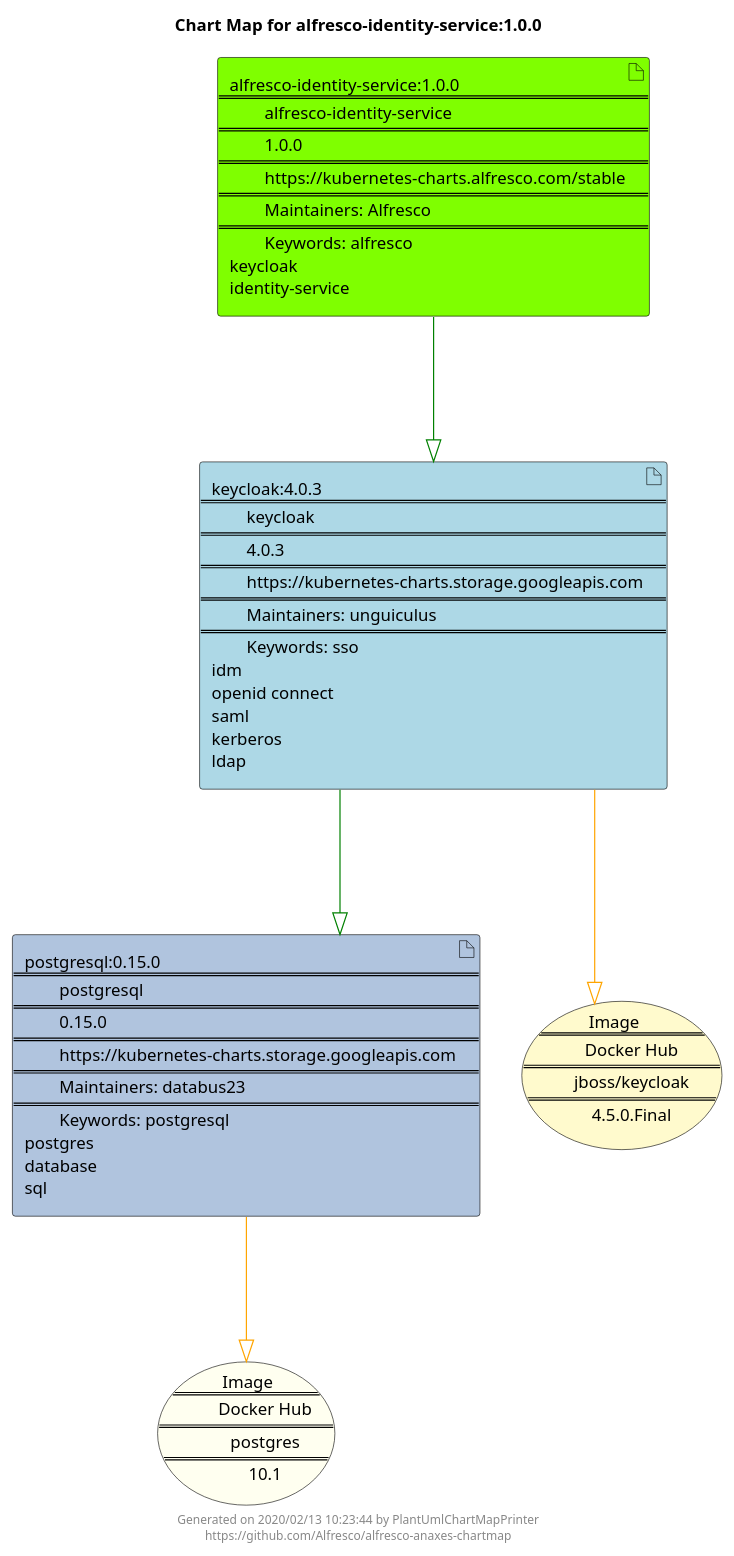
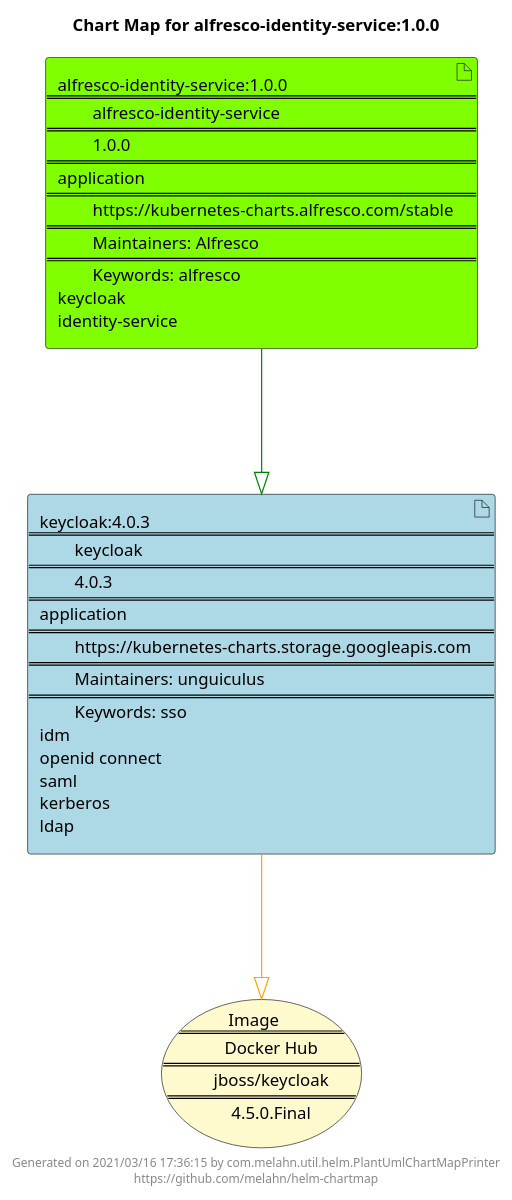
The diagram in docs/alfresco-identity-service/alfresco-identity-service-1.0.0.puml (melahn/helm-chartmap), drawn with PlantUML before and after one commit. The commit also changed 30 other files, not shown here.

Commit message:
Update example chartmaps using 3.0 snapshot

```diff
--- a/docs/alfresco-identity-service/alfresco-identity-service-1.0.0.puml
+++ b/docs/alfresco-identity-service/alfresco-identity-service-1.0.0.puml
@@ -1,27 +1,23 @@
 @startuml
 skinparam linetype ortho
 skinparam backgroundColor white
 skinparam usecaseBorderColor black
 skinparam usecaseArrowColor LightSlateGray
 skinparam artifactBorderColor black
 skinparam artifactArrowColor LightSlateGray
 
 title Chart Map for alfresco-identity-service:1.0.0
 
-'There are 3 referenced Helm Charts
-artifact "keycloak:4.0.3\n====\n\tkeycloak\n====\n\t4.0.3\n====\n\thttps://kubernetes-charts.storage.googleapis.com\n====\n\tMaintainers: unguiculus\n====\n\tKeywords: sso\nidm\nopenid connect\nsaml\nkerberos\nldap" as keycloak_4_0_3 #LightBlue
-artifact "alfresco-identity-service:1.0.0\n====\n\talfresco-identity-service\n====\n\t1.0.0\n====\n\thttps://kubernetes-charts.alfresco.com/stable\n====\n\tMaintainers: Alfresco\n====\n\tKeywords: alfresco\nkeycloak\nidentity-service" as alfresco_identity_service_1_0_0 #Chartreuse
-artifact "postgresql:0.15.0\n====\n\tpostgresql\n====\n\t0.15.0\n====\n\thttps://kubernetes-charts.storage.googleapis.com\n====\n\tMaintainers: databus23\n====\n\tKeywords: postgresql\npostgres\ndatabase\nsql" as postgresql_0_15_0 #LightSteelBlue
+'There are 2 referenced Helm Charts
+artifact "keycloak:4.0.3\n====\n\tkeycloak\n====\n\t4.0.3\n====\napplication\n====\n\thttps://kubernetes-charts.storage.googleapis.com\n====\n\tMaintainers: unguiculus\n====\n\tKeywords: sso\nidm\nopenid connect\nsaml\nkerberos\nldap" as keycloak_4_0_3 #LightBlue
+artifact "alfresco-identity-service:1.0.0\n====\n\talfresco-identity-service\n====\n\t1.0.0\n====\napplication\n====\n\thttps://kubernetes-charts.alfresco.com/stable\n====\n\tMaintainers: Alfresco\n====\n\tKeywords: alfresco\nkeycloak\nidentity-service" as alfresco_identity_service_1_0_0 #Chartreuse
 
-'There are 2 referenced Docker Images
-usecase "Image\n====\n\tDocker Hub\n====\n\tpostgres\n====\n\t10.1" as postgres_10_1 #Ivory
+'There is one referenced Docker Image
 usecase "Image\n====\n\tDocker Hub\n====\n\tjboss/keycloak\n====\n\t4.5.0.Final" as jboss_keycloak_4_5_0_Final #LemonChiffon
 
 'Chart Dependencies
 alfresco_identity_service_1_0_0--[#green]-|>keycloak_4_0_3
-keycloak_4_0_3--[#green]-|>postgresql_0_15_0
 keycloak_4_0_3--[#orange]-|>jboss_keycloak_4_5_0_Final
-postgresql_0_15_0--[#orange]-|>postgres_10_1
 
-center footer Generated on 2020/02/13 10:23:44 by PlantUmlChartMapPrinter\nhttps://github.com/Alfresco/alfresco-anaxes-chartmap
+center footer Generated on 2021/03/16 17:36:15 by com.melahn.util.helm.PlantUmlChartMapPrinter\nhttps://github.com/melahn/helm-chartmap
 @enduml
```
